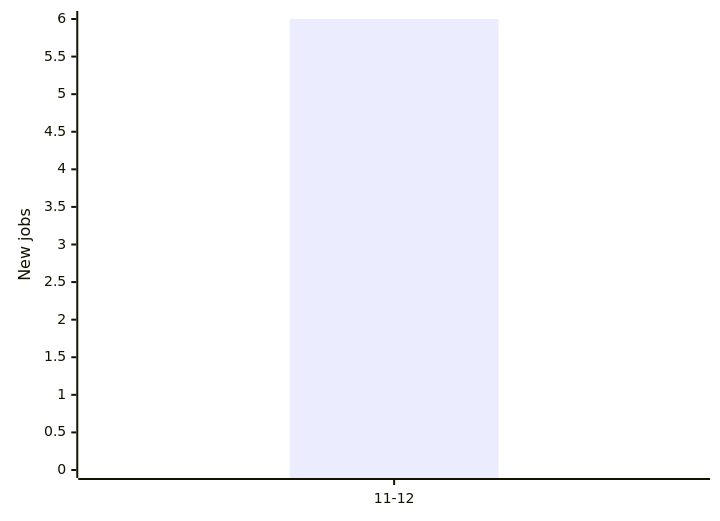
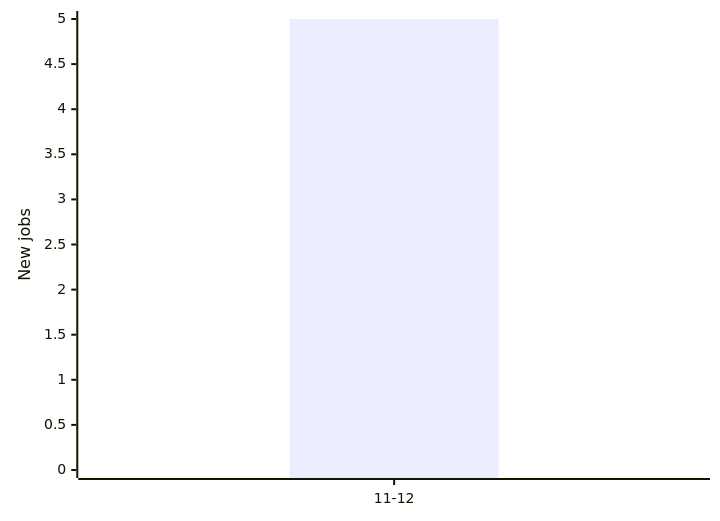
Before and after one commit to Mwangimark/frontend-job-tracker: the diagram in README.md, drawn with Mermaid. The commit also changed other lines of this file and 2 other files, not shown here.

Commit message:
data: job snapshot 2026-11-12

````diff
--- a/README.md
+++ b/README.md
@@ -12,7 +12,7 @@
 ```mermaid
 xychart-beta
     x-axis ["11-12"]
-    y-axis "New jobs" 0 --> 6
-    bar [6]
-    line [3]
+    y-axis "New jobs" 0 --> 5
+    bar [5]
+    line [2]
 ```
````
